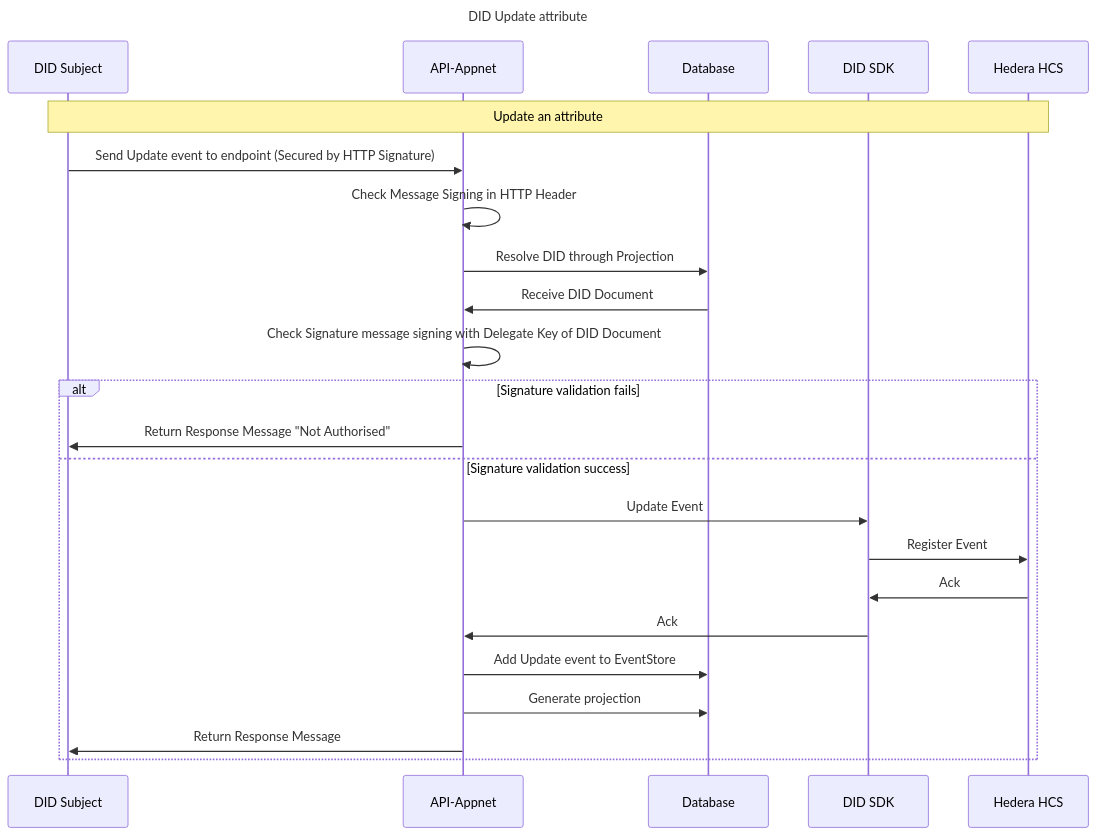
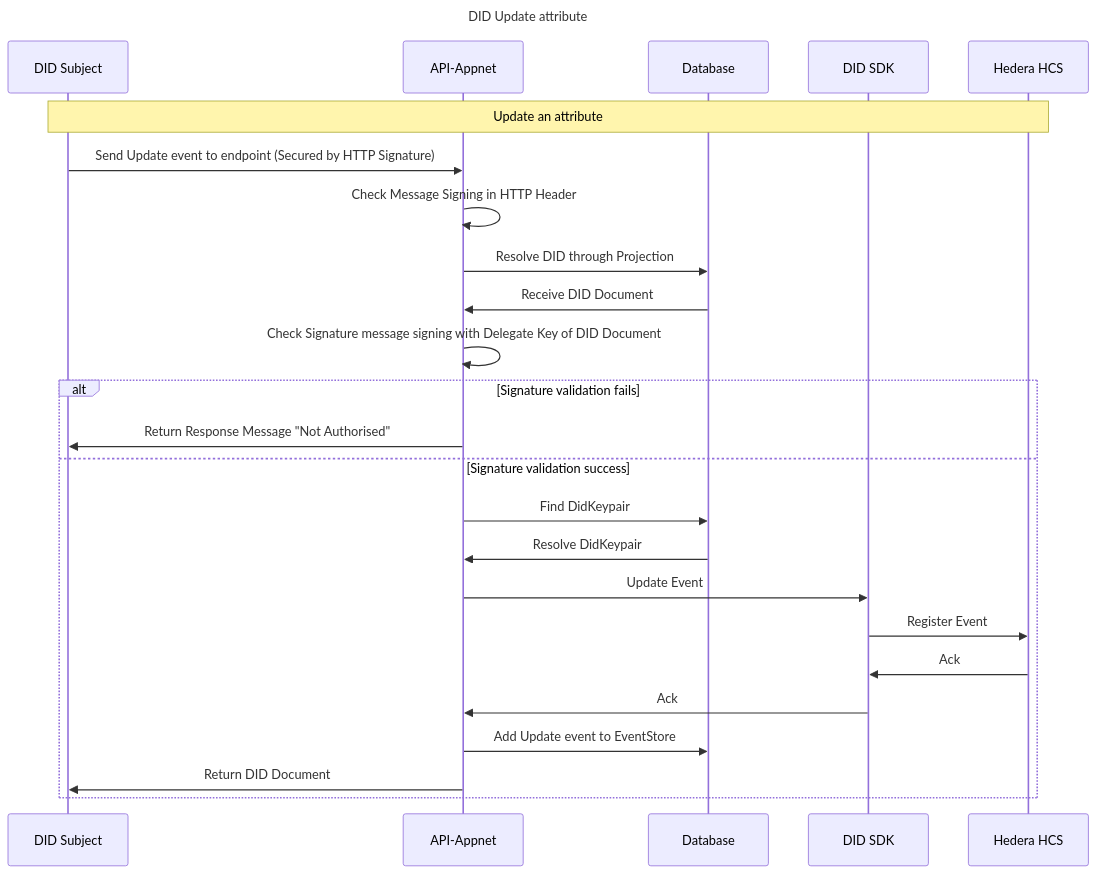
Before and after one commit to Meeco/hedera-did-identity-network: the diagram in documentation/diagrams/did-update-attribute.mmd, drawn with Mermaid. The commit also changed 7 other files, not shown here.

Commit message:
Diagram updates

```diff
--- a/documentation/diagrams/did-update-attribute.mmd
+++ b/documentation/diagrams/did-update-attribute.mmd
@@ -1,26 +1,27 @@
 sequenceDiagram
 Title: DID Update attribute
 
 participant Subject as DID Subject
 participant API as API-Appnet
 participant Database as Database
 participant DIDSDK as DID SDK
 participant HCS as Hedera HCS
 
 note over Subject,HCS: Update an attribute
 Subject ->> API: Send Update event to endpoint (Secured by HTTP Signature)
 API ->> API: Check Message Signing in HTTP Header
 API ->> Database: Resolve DID through Projection
 Database ->> API: Receive DID Document
 API ->> API: Check Signature message signing with Delegate Key of DID Document
 alt Signature validation fails
 API ->> Subject: Return Response Message "Not Authorised"
 else Signature validation success
+API ->> Database: Find DidKeypair
+Database ->> API: Resolve DidKeypair
 API ->> DIDSDK: Update Event
 DIDSDK ->> HCS: Register Event
 HCS ->> DIDSDK: Ack
 DIDSDK ->> API: Ack
 API ->> Database: Add Update event to EventStore
-API ->> Database: Generate projection
-API ->> Subject: Return Response Message
+API ->> Subject: Return DID Document
 end
```
